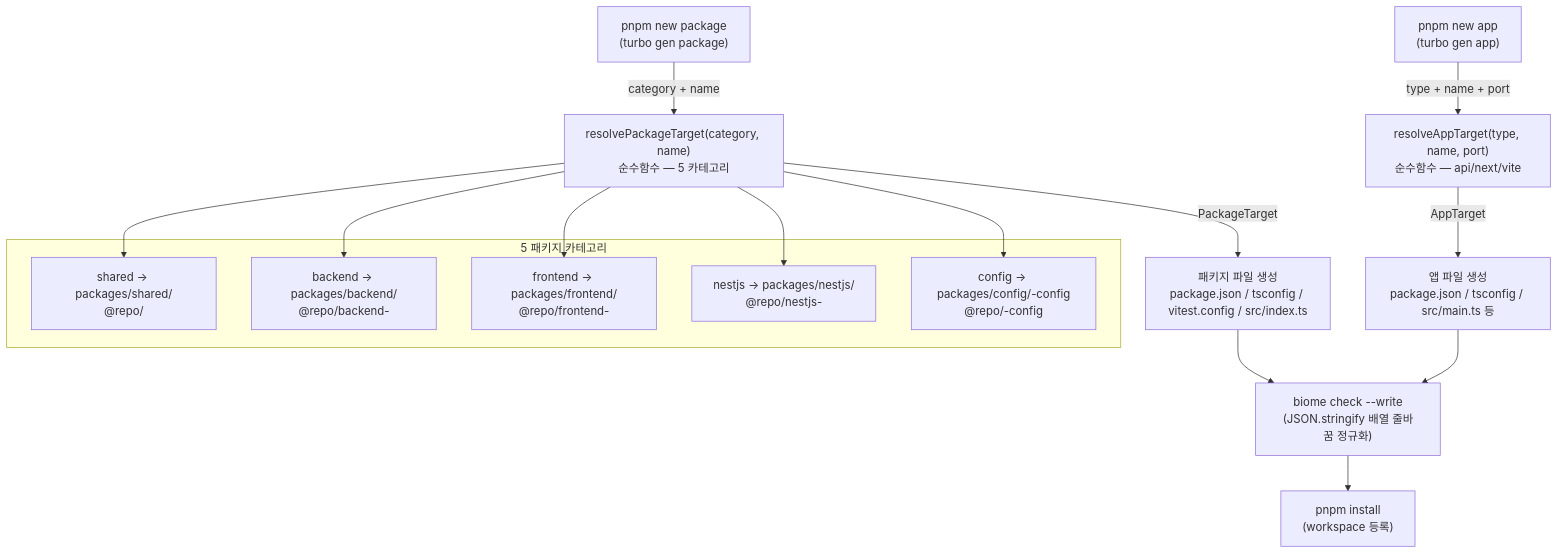
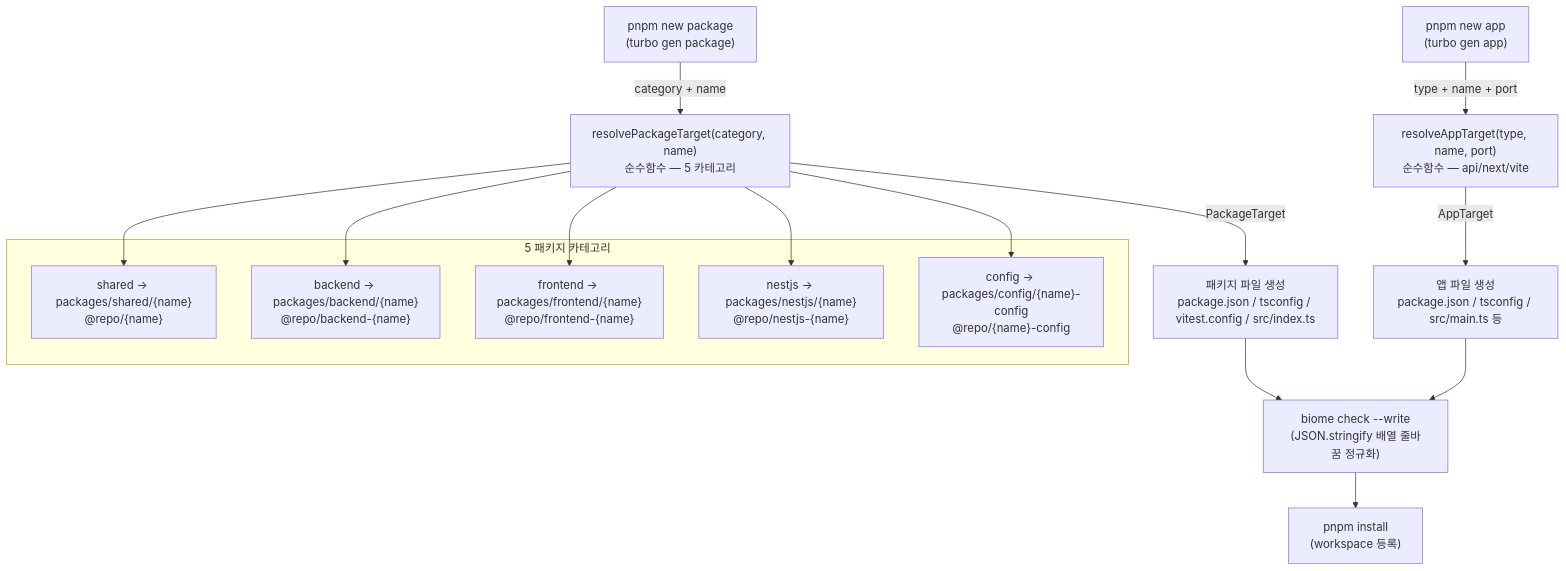
Before and after one commit to Changsik00/service-foundry: the diagram in docs/explainers/platform/turbo-gen-scaffolding.md, drawn with Mermaid. The commit also changed 13 other files, not shown here.

Commit message:
docs(phase-14): escape angle brackets + quote node labels in mermaid (github render)

````diff
--- a/docs/explainers/platform/turbo-gen-scaffolding.md
+++ b/docs/explainers/platform/turbo-gen-scaffolding.md
@@ -18,26 +18,26 @@
 ```mermaid
 flowchart TD
     User["pnpm new package<br/>(turbo gen package)"]
     User2["pnpm new app<br/>(turbo gen app)"]
 
     User -->|category + name| RPT["resolvePackageTarget(category, name)<br/>순수함수 — 5 카테고리"]
     User2 -->|type + name + port| RAT["resolveAppTarget(type, name, port)<br/>순수함수 — api/next/vite"]
 
     RPT -->|PackageTarget| PKGGen["패키지 파일 생성<br/>package.json / tsconfig / vitest.config / src/index.ts"]
     RAT -->|AppTarget| AppGen["앱 파일 생성<br/>package.json / tsconfig / src/main.ts 등"]
 
     PKGGen --> Format["biome check --write<br/>(JSON.stringify 배열 줄바꿈 정규화)"]
     AppGen --> Format
 
     Format --> PNPMInstall["pnpm install<br/>(workspace 등록)"]
 
     subgraph "5 패키지 카테고리"
-        Sh["shared → packages/shared/<name><br/>@repo/<name>"]
-        Be["backend → packages/backend/<name><br/>@repo/backend-<name>"]
-        Fe["frontend → packages/frontend/<name><br/>@repo/frontend-<name>"]
-        Ne["nestjs → packages/nestjs/<name><br/>@repo/nestjs-<name>"]
-        Cf["config → packages/config/<name>-config<br/>@repo/<name>-config"]
+        Sh["shared → packages/shared/{name}<br/>@repo/{name}"]
+        Be["backend → packages/backend/{name}<br/>@repo/backend-{name}"]
+        Fe["frontend → packages/frontend/{name}<br/>@repo/frontend-{name}"]
+        Ne["nestjs → packages/nestjs/{name}<br/>@repo/nestjs-{name}"]
+        Cf["config → packages/config/{name}-config<br/>@repo/{name}-config"]
     end
 
     RPT --> Sh & Be & Fe & Ne & Cf
 ```
````
